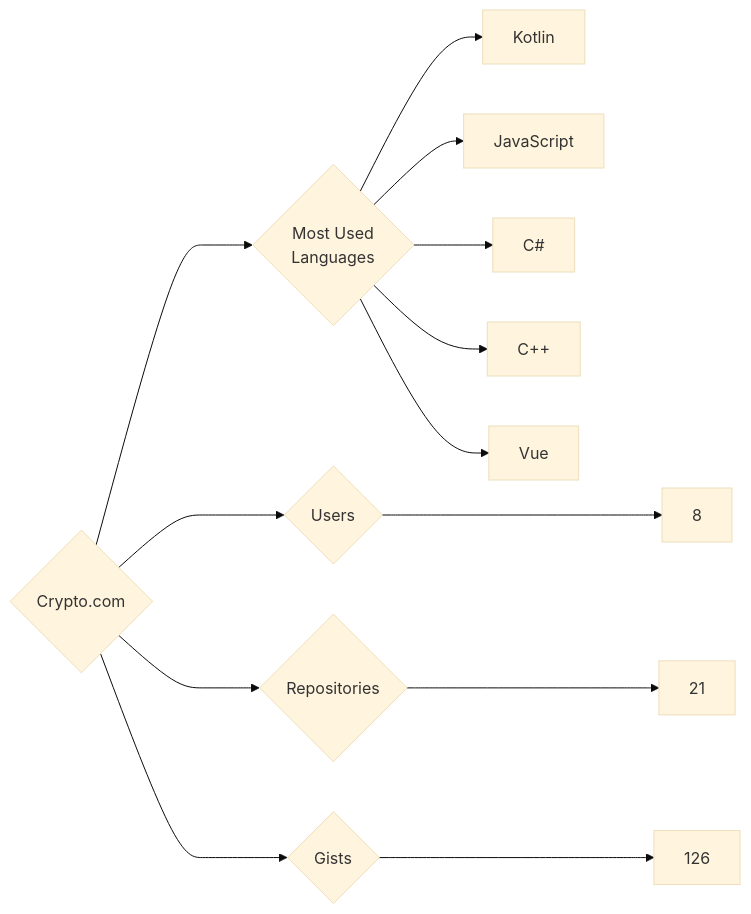
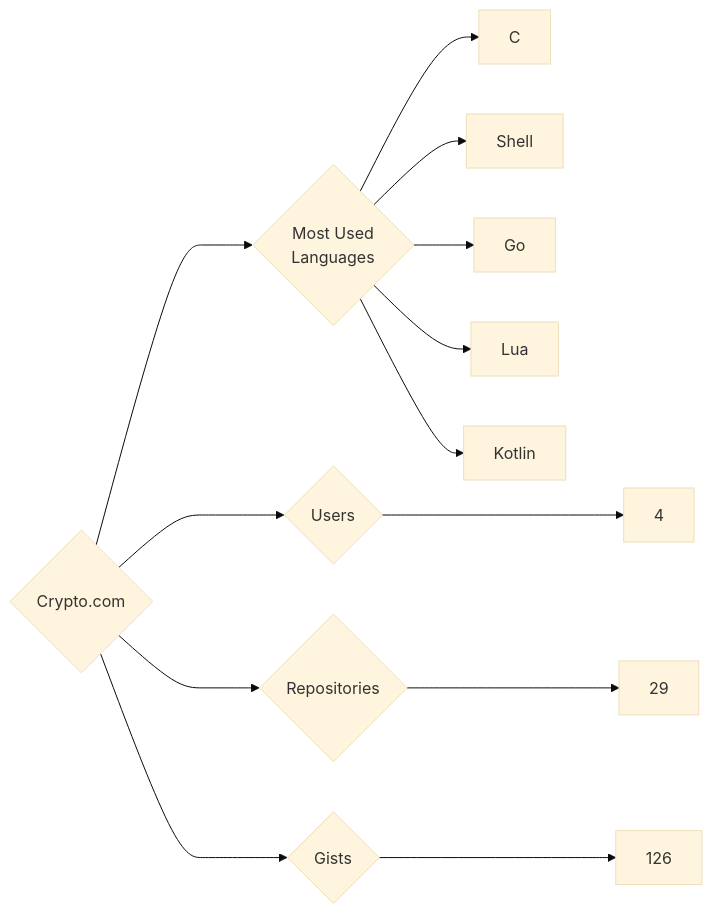
One commit to trickest/insiders changed the diagram in targets/Crypto.com/README.md. Above: the diagram before and after it, drawn with Mermaid (base theme). The commit also changed 865 other files, not shown here.

````diff
--- a/targets/Crypto.com/README.md
+++ b/targets/Crypto.com/README.md
@@ -3,13 +3,13 @@
 ```mermaid
 graph LR
 COMPANY_NAME{Crypto.com}
-COMPANY_NAME ---> U{Users} ---> UN[8]
-COMPANY_NAME ---> R{Repositories} ---> RN[21]
+COMPANY_NAME ---> U{Users} ---> UN[4]
+COMPANY_NAME ---> R{Repositories} ---> RN[29]
 COMPANY_NAME ---> G{Gists} ---> GN[126]
 COMPANY_NAME ---> ML{Most Used<br>Languages}
+ML --> C[C]
+ML --> Shell[Shell]
+ML --> Go[Go]
+ML --> Lua[Lua]
 ML --> Kotlin[Kotlin]
-ML --> JavaScript[JavaScript]
-ML --> C#[C#]
-ML --> C++[C++]
-ML --> Vue[Vue]
 ```
````
